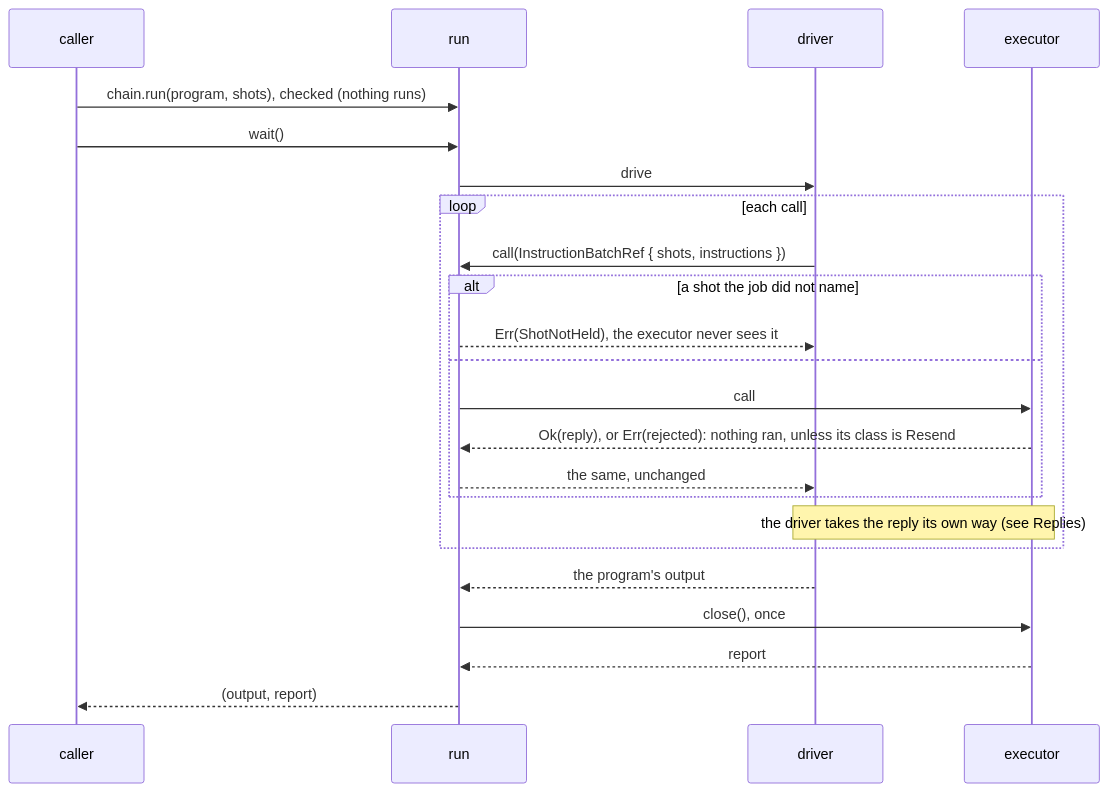
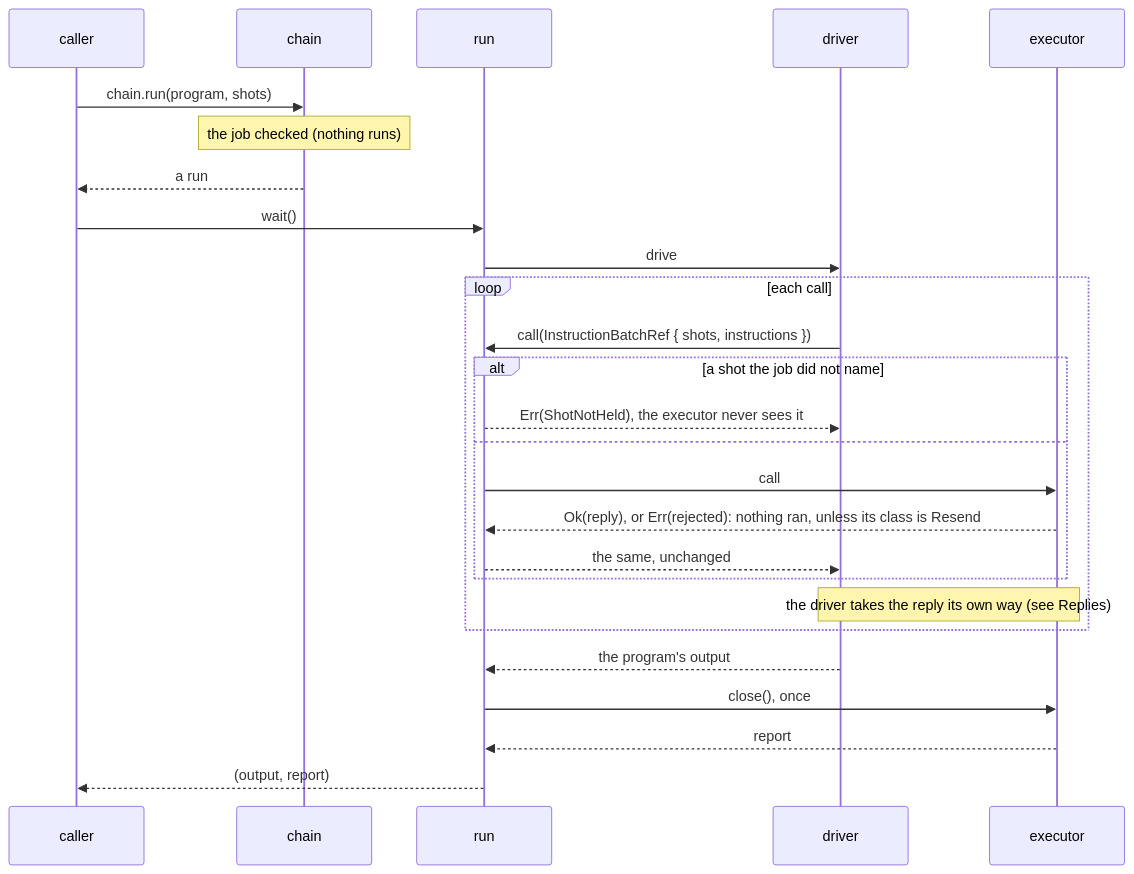
The second of 2 diagrams in source/executor_protocol/docs/executors.md (microsoft/qdk), drawn with Mermaid before and after one commit. The commit also changed other lines of this file and 10 other files, not shown here.

````diff
--- a/source/executor_protocol/docs/executors.md
+++ b/source/executor_protocol/docs/executors.md
@@ -365,25 +366,28 @@
 ```mermaid
 sequenceDiagram
   participant C as caller
+  participant H as chain
   participant R as run
   participant D as driver
   participant E as executor
-  C->>R: chain.run(program, shots), checked (nothing runs)
+  C->>H: chain.run(program, shots)
+  Note over H: the job checked (nothing runs)
+  H-->>C: a run
   C->>R: wait()
   R->>D: drive
   loop each call
     D->>R: call(InstructionBatchRef { shots, instructions })
     alt a shot the job did not name
       R-->>D: Err(ShotNotHeld), the executor never sees it
     else
       R->>E: call
       E-->>R: Ok(reply), or Err(rejected): nothing ran, unless its class is Resend
       R-->>D: the same, unchanged
     end
     Note over D,E: the driver takes the reply its own way (see Replies)
   end
   D-->>R: the program's output
   R->>E: close(), once
   E-->>R: report
   R-->>C: (output, report)
 ```
````
